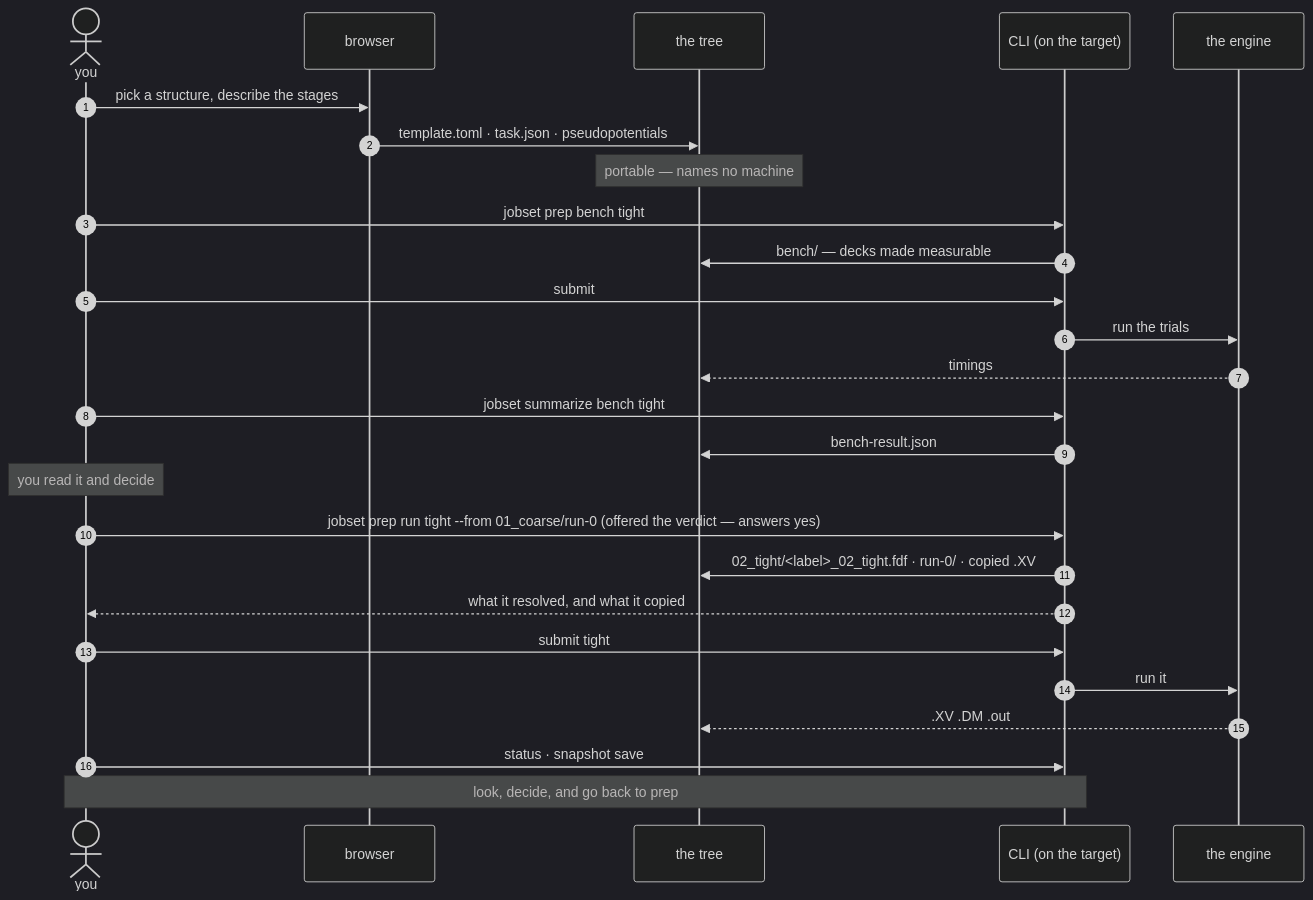
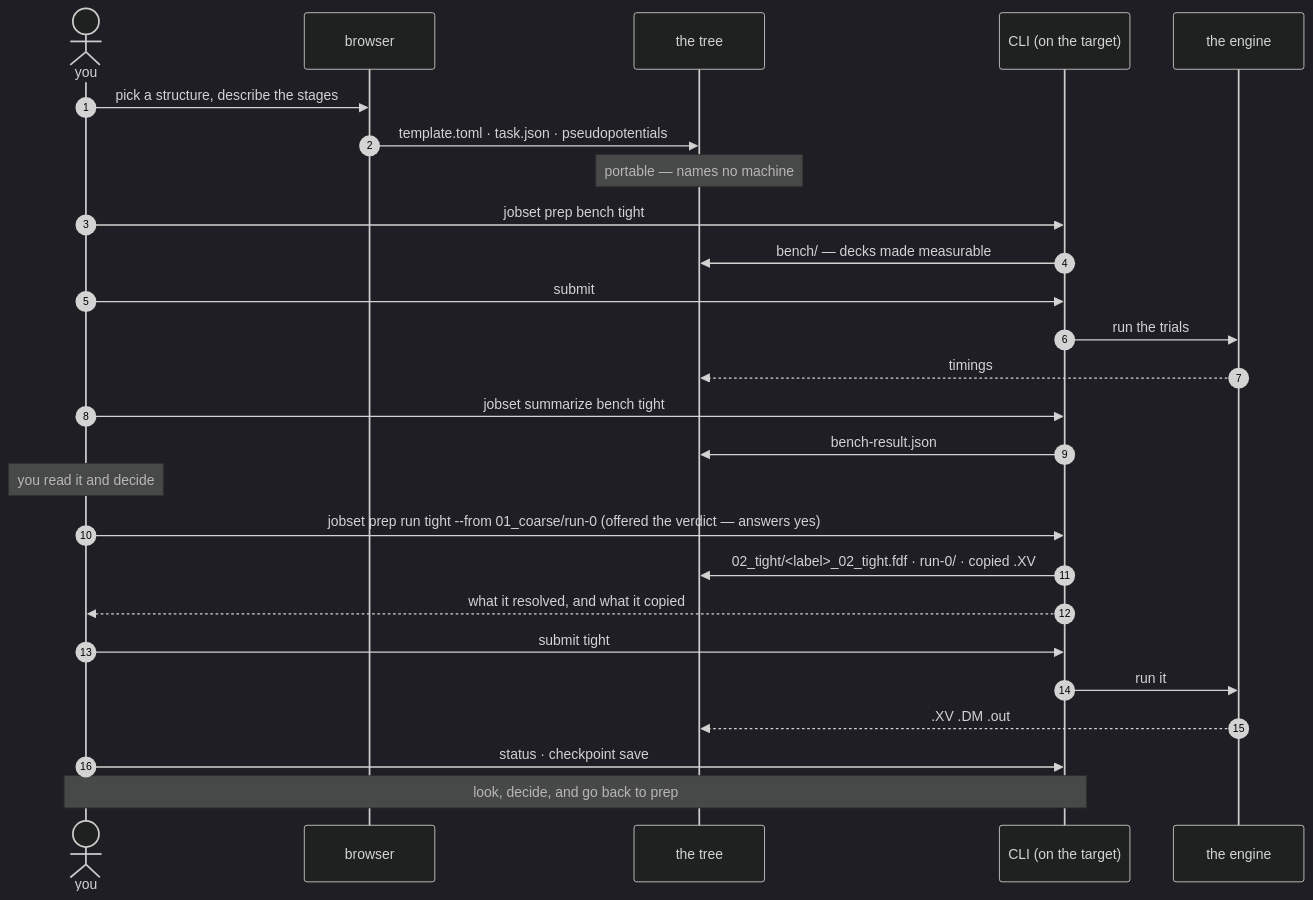
The ninth of 10 diagrams in docs/execution/project-layout.md (Qing-LAB/molbuilder), drawn with Mermaid (dark theme) before and after one commit. The commit also changed other lines of this file and 106 other files, not shown here.

````diff
--- a/docs/execution/project-layout.md
+++ b/docs/execution/project-layout.md
@@ -1165,33 +1151,33 @@
 ```mermaid
 sequenceDiagram
     autonumber
     actor U as you
     participant B as browser
     participant T as the tree
     participant C as CLI (on the target)
     participant E as the engine
 
     U->>B: pick a structure, describe the stages
     B->>T: template.toml · task.json · pseudopotentials
     Note over T: portable — names no machine
 
     U->>C: jobset prep bench tight
     C->>T: bench/ — decks made measurable
     U->>C: submit
     C->>E: run the trials
     E-->>T: timings
     U->>C: jobset summarize bench tight
     C->>T: bench-result.json
 
     Note over U: you read it and decide
 
     U->>C: jobset prep run tight --from 01_coarse/run-0 (offered the verdict — answers yes)
     C->>T: 02_tight/<label>_02_tight.fdf · run-0/ · copied .XV
     C-->>U: what it resolved, and what it copied
     U->>C: submit tight
     C->>E: run it
     E-->>T: .XV .DM .out
 
-    U->>C: status · snapshot save
+    U->>C: status · checkpoint save
     Note over U,C: look, decide, and go back to prep
 ```
````
